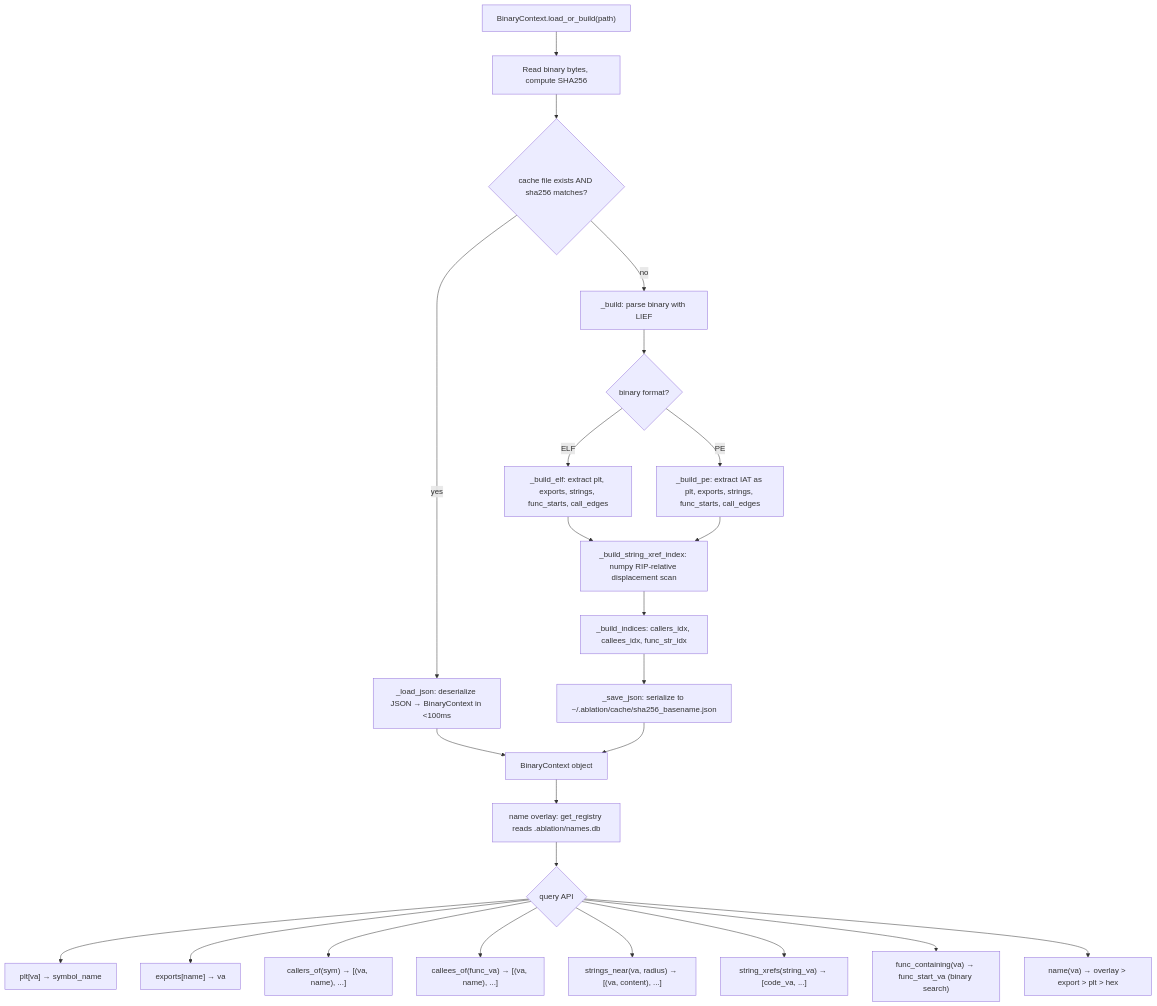
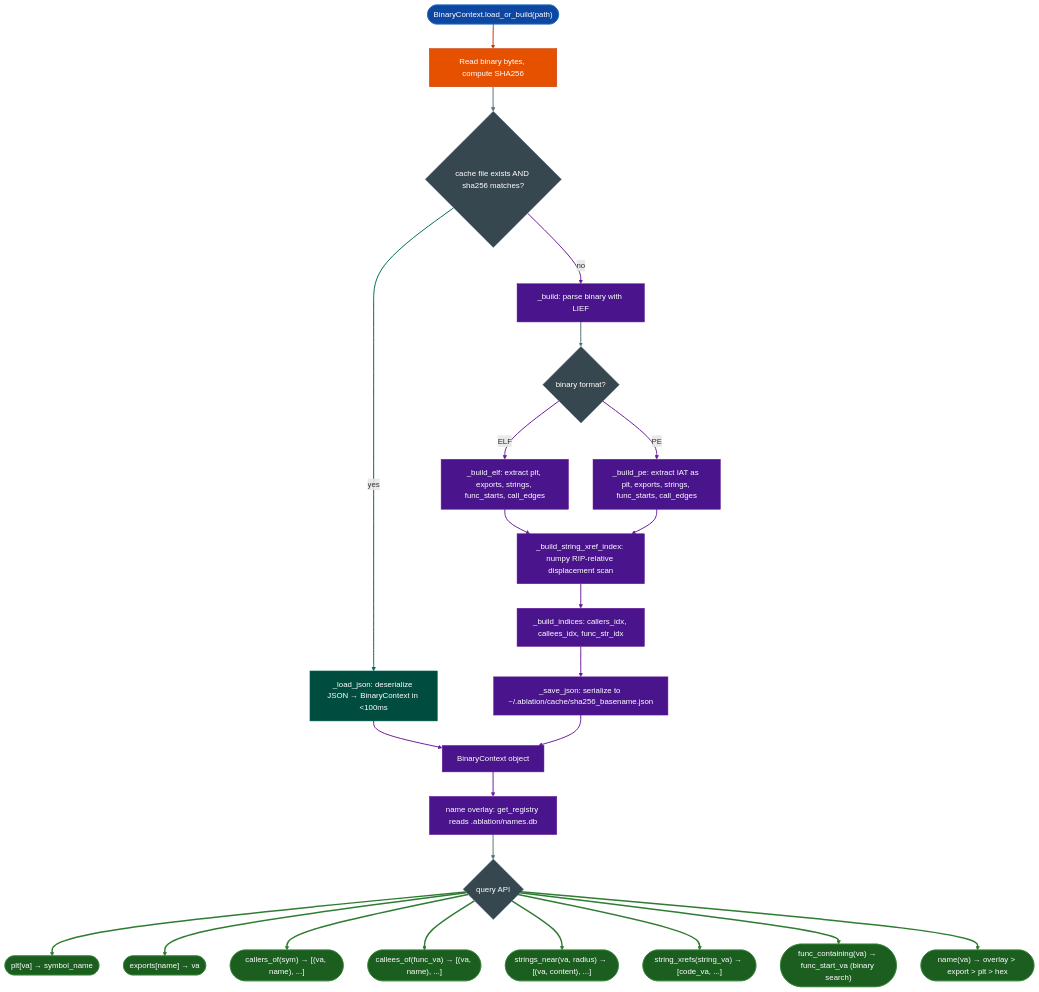
The diagram in docs/reference-modules/binary-context.md (Ablation-Tool/ablation), drawn with Mermaid before and after one commit. The commit also changed 320 other files, not shown here.

First line of the commit message:
docs: apply canonical Mermaid template to all 321 diagrams

````diff
--- a/docs/reference-modules/binary-context.md
+++ b/docs/reference-modules/binary-context.md
@@ -21,26 +21,55 @@
 ```mermaid
 flowchart TD
-    A["BinaryContext.load_or_build(path)"] --> B[Read binary bytes, compute SHA256]
-    B --> C{cache file exists AND sha256 matches?}
-    C -->|yes| D[_load_json: deserialize JSON → BinaryContext in <100ms]
-    C -->|no| E[_build: parse binary with LIEF]
-    E --> F{binary format?}
-    F -->|ELF| G[_build_elf: extract plt, exports, strings, func_starts, call_edges]
-    F -->|PE| H[_build_pe: extract IAT as plt, exports, strings, func_starts, call_edges]
-    G --> I[_build_string_xref_index: numpy RIP-relative displacement scan]
-    H --> I
-    I --> J[_build_indices: callers_idx, callees_idx, func_str_idx]
-    J --> K[_save_json: serialize to ~/.ablation/cache/sha256_basename.json]
-    D --> L[BinaryContext object]
-    K --> L
-    L --> M[name overlay: get_registry reads .ablation/names.db]
-    M --> N{query API}
-    N --> N1["plt[va] → symbol_name"]
-    N --> N2["exports[name] → va"]
-    N --> N3["callers_of(sym) → [(va, name), ...]"]
-    N --> N4["callees_of(func_va) → [(va, name), ...]"]
-    N --> N5["strings_near(va, radius) → [(va, content), ...]"]
-    N --> N6["string_xrefs(string_va) → [code_va, ...]"]
-    N --> N7["func_containing(va) → func_start_va (binary search)"]
-    N --> N8["name(va) → overlay > export > plt > hex"]
+    A(["BinaryContext.load_or_build(path)"]):::input --> B["Read binary bytes, compute SHA256"]:::primary
+    B:::primary --> C{"cache file exists AND sha256 matches?"}:::neutral
+    C:::neutral -->|yes| D["_load_json: deserialize JSON → BinaryContext in <100ms"]:::secondary
+    C:::neutral -->|no| E["_build: parse binary with LIEF"]:::tertiary
+    E:::tertiary --> F{"binary format?"}:::neutral
+    F:::neutral -->|ELF| G["_build_elf: extract plt, exports, strings, func_starts, call_edges"]:::tertiary
+    F:::neutral -->|PE| H["_build_pe: extract IAT as plt, exports, strings, func_starts, call_edges"]:::tertiary
+    G:::tertiary --> I["_build_string_xref_index: numpy RIP-relative displacement scan"]:::tertiary
+    H:::tertiary --> I:::tertiary
+    I:::tertiary --> J["_build_indices: callers_idx, callees_idx, func_str_idx"]:::tertiary
+    J:::tertiary --> K["_save_json: serialize to ~/.ablation/cache/sha256_basename.json"]:::tertiary
+    D:::secondary --> L["BinaryContext object"]:::tertiary
+    K:::tertiary --> L:::tertiary
+    L:::tertiary --> M["name overlay: get_registry reads .ablation/names.db"]:::tertiary
+    M:::tertiary --> N{"query API"}:::neutral
+    N:::neutral --> N1(["plt[va] → symbol_name"]):::output
+    N:::neutral --> N2(["exports[name] → va"]):::output
+    N:::neutral --> N3(["callers_of(sym) → [(va, name), ...]"]):::output
+    N:::neutral --> N4(["callees_of(func_va) → [(va, name), ...]"]):::output
+    N:::neutral --> N5(["strings_near(va, radius) → [(va, content), ...]"]):::output
+    N:::neutral --> N6(["string_xrefs(string_va) → [code_va, ...]"]):::output
+    N:::neutral --> N7(["func_containing(va) → func_start_va (binary search)"]):::output
+    N:::neutral --> N8(["name(va) → overlay > export > plt > hex"]):::output
+    classDef input     fill:#0d47a1,stroke:#1565c0,color:#fff
+    classDef primary   fill:#e65100,stroke:#bf360c,color:#fff
+    classDef secondary fill:#004d40,stroke:#00695c,color:#fff
+    classDef tertiary  fill:#4a148c,stroke:#6a1b9a,color:#fff
+    classDef neutral   fill:#37474f,stroke:#546e7a,color:#fff
+    classDef output    fill:#1b5e20,stroke:#2e7d32,color:#fff
+    linkStyle 0 stroke:#bf360c,stroke-width:2px
+    linkStyle 1 stroke:#546e7a,stroke-width:2px
+    linkStyle 2 stroke:#00695c,stroke-width:2px
+    linkStyle 3 stroke:#6a1b9a,stroke-width:2px
+    linkStyle 4 stroke:#546e7a,stroke-width:2px
+    linkStyle 5 stroke:#6a1b9a,stroke-width:2px
+    linkStyle 6 stroke:#6a1b9a,stroke-width:2px
+    linkStyle 7 stroke:#6a1b9a,stroke-width:2px
+    linkStyle 8 stroke:#6a1b9a,stroke-width:2px
+    linkStyle 9 stroke:#6a1b9a,stroke-width:2px
+    linkStyle 10 stroke:#6a1b9a,stroke-width:2px
+    linkStyle 11 stroke:#6a1b9a,stroke-width:2px
+    linkStyle 12 stroke:#6a1b9a,stroke-width:2px
+    linkStyle 13 stroke:#6a1b9a,stroke-width:2px
+    linkStyle 14 stroke:#546e7a,stroke-width:2px
+    linkStyle 15 stroke:#2e7d32,stroke-width:3px
+    linkStyle 16 stroke:#2e7d32,stroke-width:3px
+    linkStyle 17 stroke:#2e7d32,stroke-width:3px
+    linkStyle 18 stroke:#2e7d32,stroke-width:3px
+    linkStyle 19 stroke:#2e7d32,stroke-width:3px
+    linkStyle 20 stroke:#2e7d32,stroke-width:3px
+    linkStyle 21 stroke:#2e7d32,stroke-width:3px
+    linkStyle 22 stroke:#2e7d32,stroke-width:3px
 ```
````
